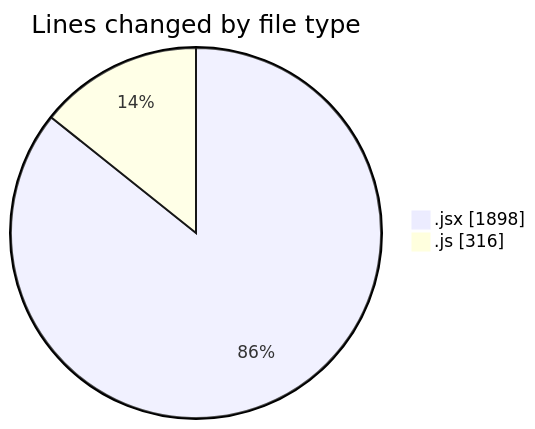
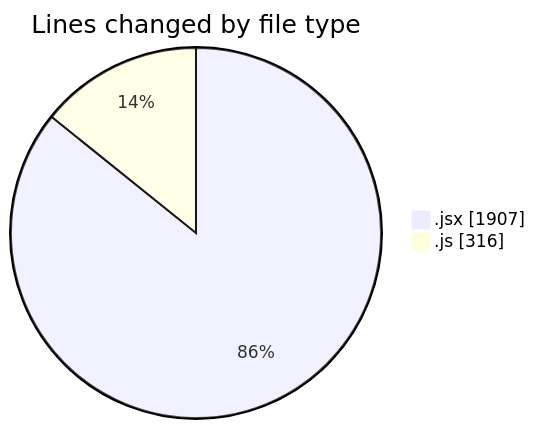
One commit to nxtqubesakshisongat/code-tracking changed the first of 2 diagrams in 2025-07-13/argos/README.md. Above: the diagram before and after it, drawn with Mermaid. The commit also changed other lines of this file and 1 other file, not shown here.

````diff
--- a/2025-07-13/argos/README.md
+++ b/2025-07-13/argos/README.md
@@ -21,6 +21,6 @@
 ```mermaid
 pie showData
 title Lines changed by file type
-".jsx" : 1898
+".jsx" : 1907
 ".js" : 316
 ```
````
